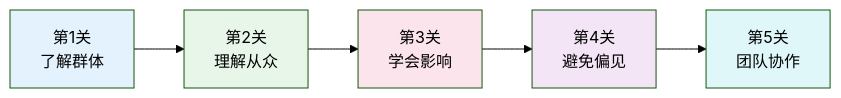
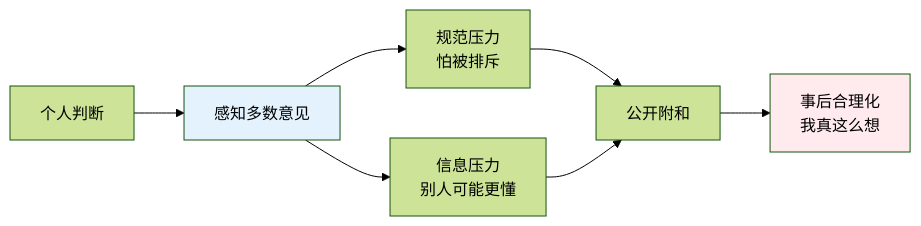
One commit to wxyClark/wxyClark.github.io changed the diagram in content/thinking/sociology/index.md. Above: the diagram before and after it, drawn with Mermaid (forest theme). The commit also changed other lines of this file and 392 other files, not shown here.

First line of the commit message:
feat(content): 按二八律扩充知识体系，修复 mermaid 渲染并接入语法校验

````diff
--- a/content/thinking/sociology/index.md
+++ b/content/thinking/sociology/index.md
@@ -59,13 +26,11 @@
 ```mermaid
 graph LR
-    A["第1关<br/>了解群体"] --> B["第2关<br/>理解从众"]
-    B --> C["第3关<br/>学会影响"]
-    C --> D["第4关<br/>避免偏见"]
-    D --> E["第5关<br/>团队协作"]
-    
-    style A fill:#e3f2fd
-    style B fill:#e8f5e9
-    style C fill:#fce4ec
-    style D fill:#f3e5f5
-    style E fill:#e0f7fa
+    A["个人判断"] --> B["感知多数意见"]
+    B --> C["规范压力<br/>怕被排斥"]
+    B --> D["信息压力<br/>别人可能更懂"]
+    C --> E["公开附和"]
+    D --> E
+    E --> F["事后合理化<br/>我真这么想"]
+    style B fill:#e3f2fd
+    style F fill:#ffebee
 ```
````
